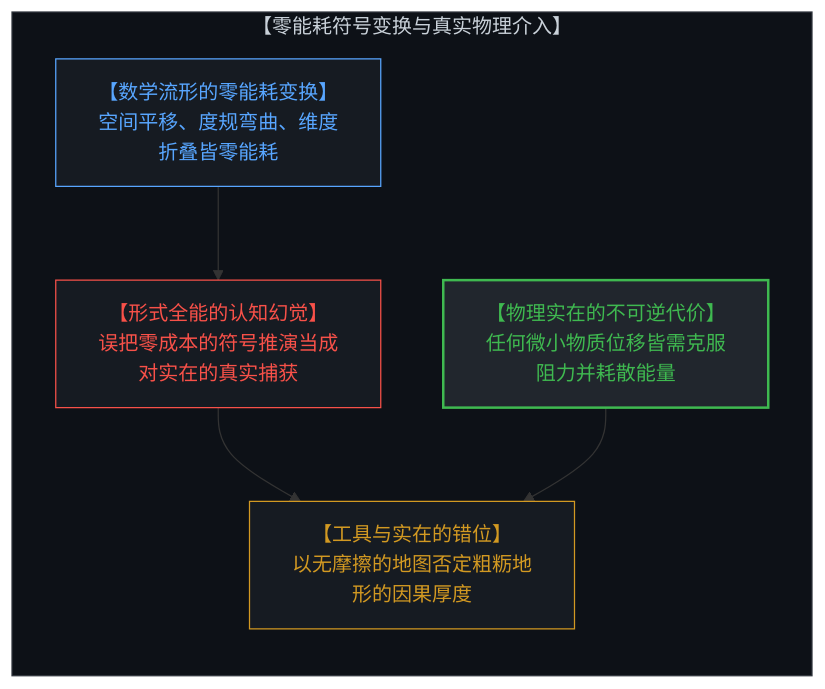
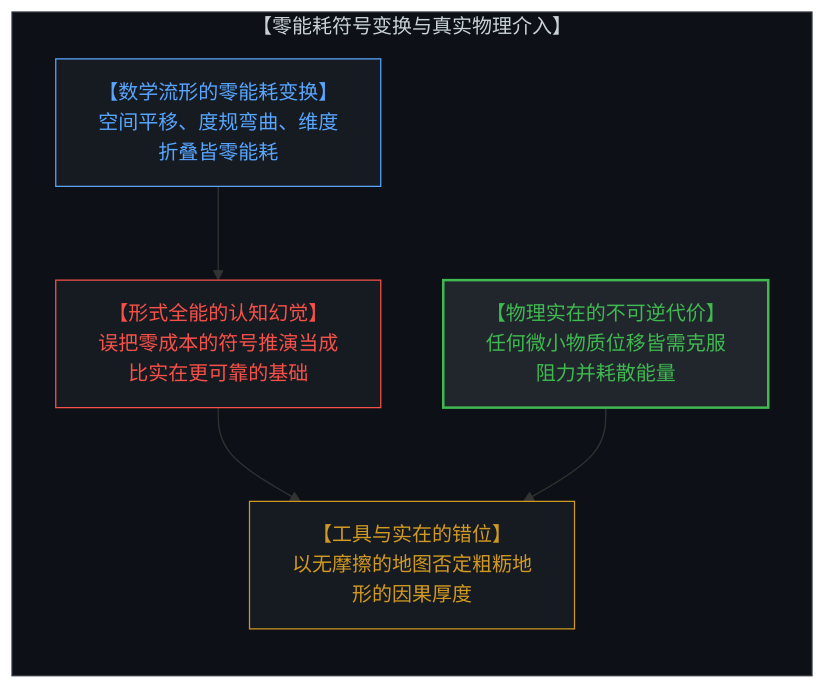
One commit to powerpig99/not-a-toe changed the first of 6 diagrams in content/posts/the-illusion-of-the-tool-and-the-inversion-of-time.md. Above: the diagram before and after it, drawn with Mermaid. The commit also changed other lines of this file and 3 other files, not shown here.

````diff
--- a/content/posts/the-illusion-of-the-tool-and-the-inversion-of-time.md
+++ b/content/posts/the-illusion-of-the-tool-and-the-inversion-of-time.md
@@ -17,18 +23,18 @@
 ```mermaid
 graph TD
     subgraph ZeroCostVsPhysicalCost["【零能耗符号变换与真实物理介入】"]
         direction TB
         MathSpace["【数学流形的零能耗变换】<br>空间平移、度规弯曲、维度折叠皆零能耗"]
-        CognitiveOmnipotence["【形式全能的认知幻觉】<br>误把零成本的符号推演当成对实在的真实捕获"]
+        CognitiveOmnipotence["【形式全能的认知幻觉】<br>误把零成本的符号推演当成比实在更可靠的基础"]
         LivingReality["【物理实在的不可逆代价】<br>任何微小物质位移皆需克服阻力并耗散能量"]
         TheFirstInversion["【工具与实在的错位】<br>以无摩擦的地图否定粗粝地形的因果厚度"]
         MathSpace --> CognitiveOmnipotence
         CognitiveOmnipotence --> TheFirstInversion
         LivingReality --> TheFirstInversion
     end
     style ZeroCostVsPhysicalCost fill:#0d1117,stroke:#30363d,stroke-width:1px,color:#c9d1d9
     style MathSpace fill:#161b22,stroke:#58a6ff,stroke-width:1px,color:#58a6ff
     style CognitiveOmnipotence fill:#161b22,stroke:#f85149,stroke-width:1px,color:#f85149
     style LivingReality fill:#21262d,stroke:#3fb950,stroke-width:2px,color:#3fb950
     style TheFirstInversion fill:#161b22,stroke:#d29922,stroke-width:1px,color:#d29922
 ```
````
